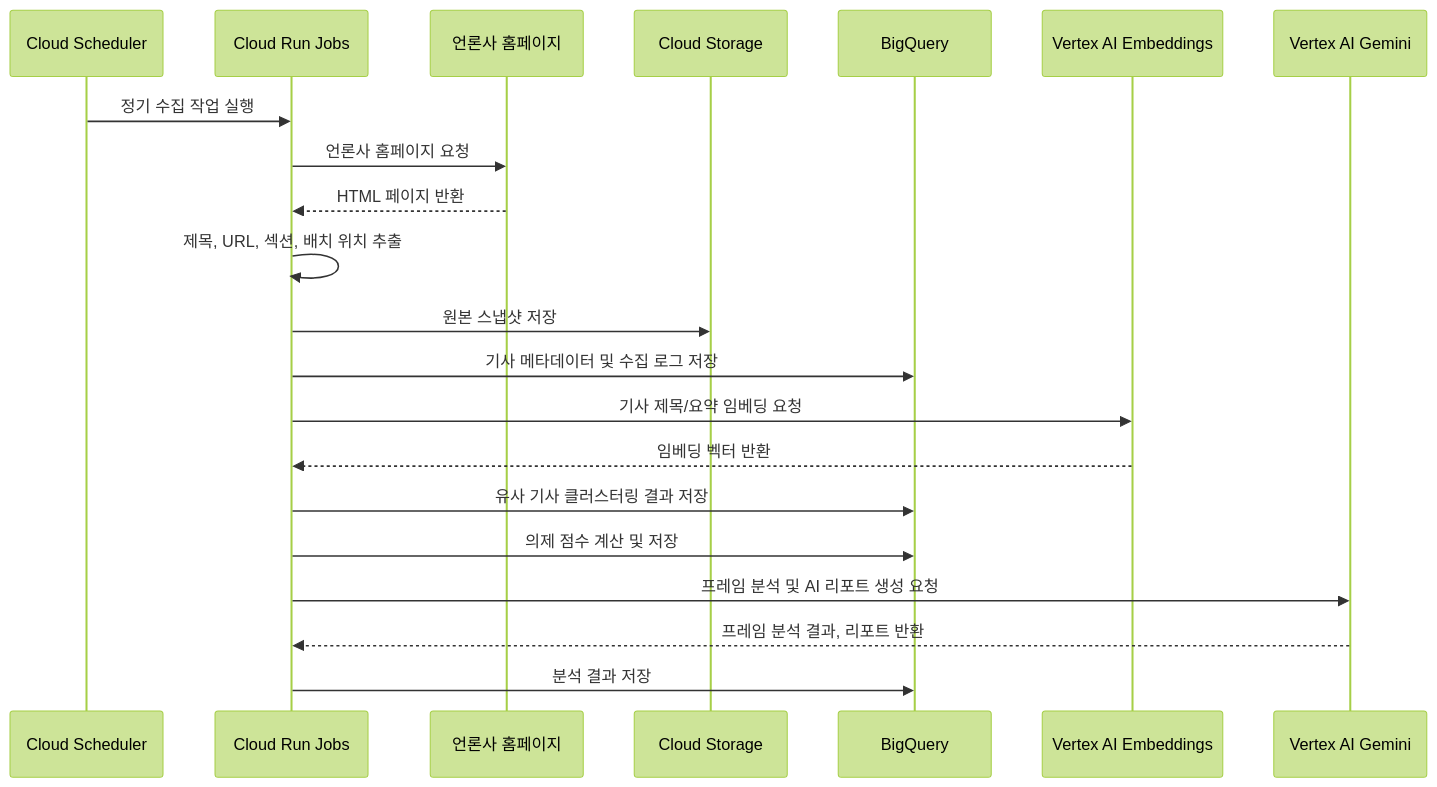
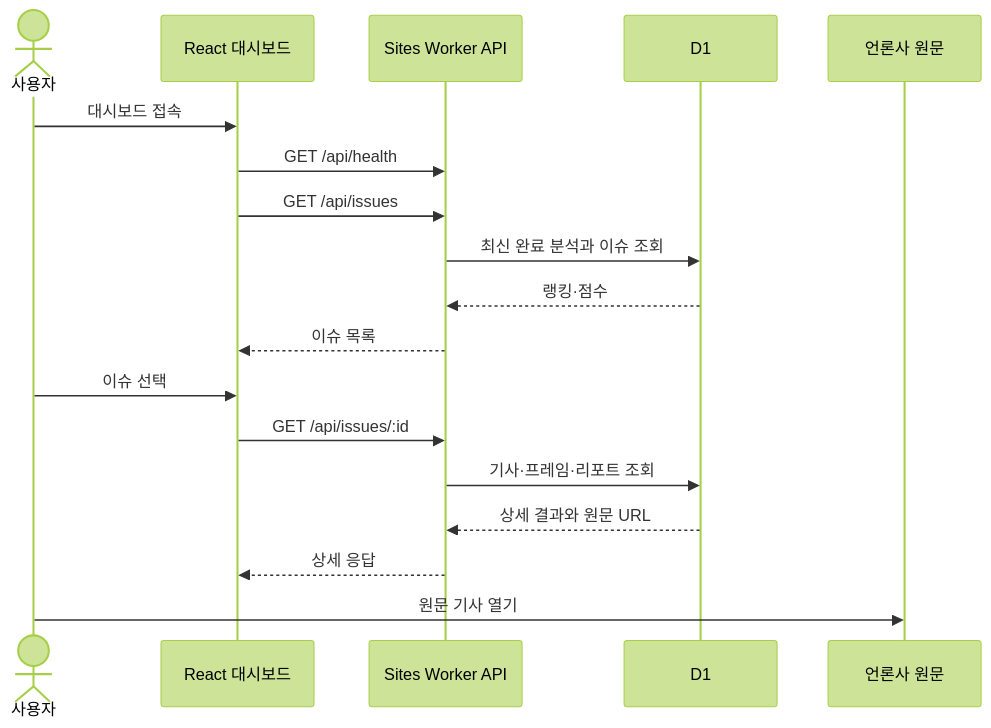
One commit to kjh01072299206-png/AgendaFrame changed the sixth of 6 diagrams in AgendaFrame_11_UML.md. Above: the diagram before and after it, drawn with Mermaid (forest theme). The commit also changed other lines of this file and 29 other files, not shown here.

Commit message:
Implement real-data analysis architecture

````diff
--- a/AgendaFrame_11_UML.md
+++ b/AgendaFrame_11_UML.md
@@ -376,24 +258,21 @@
 ```mermaid
 sequenceDiagram
-    participant Scheduler as Cloud Scheduler
-    participant Job as Cloud Run Jobs
-    participant News as 언론사 홈페이지
-    participant Storage as Cloud Storage
-    participant DB as BigQuery
-    participant Vertex as Vertex AI Embeddings
-    participant Gemini as Vertex AI Gemini
+    actor User as 사용자
+    participant UI as React 대시보드
+    participant API as Sites Worker API
+    participant DB as D1
+    participant News as 언론사 원문
 
-    Scheduler->>Job: 정기 수집 작업 실행
-    Job->>News: 언론사 홈페이지 요청
-    News-->>Job: HTML 페이지 반환
-    Job->>Job: 제목, URL, 섹션, 배치 위치 추출
-    Job->>Storage: 원본 스냅샷 저장
-    Job->>DB: 기사 메타데이터 및 수집 로그 저장
-    Job->>Vertex: 기사 제목/요약 임베딩 요청
-    Vertex-->>Job: 임베딩 벡터 반환
-    Job->>DB: 유사 기사 클러스터링 결과 저장
-    Job->>DB: 의제 점수 계산 및 저장
-    Job->>Gemini: 프레임 분석 및 AI 리포트 생성 요청
-    Gemini-->>Job: 프레임 분석 결과, 리포트 반환
-    Job->>DB: 분석 결과 저장
+    User->>UI: 대시보드 접속
+    UI->>API: GET /api/health
+    UI->>API: GET /api/issues
+    API->>DB: 최신 완료 분석과 이슈 조회
+    DB-->>API: 랭킹·점수
+    API-->>UI: 이슈 목록
+    User->>UI: 이슈 선택
+    UI->>API: GET /api/issues/:id
+    API->>DB: 기사·프레임·리포트 조회
+    DB-->>API: 상세 결과와 원문 URL
+    API-->>UI: 상세 응답
+    User->>News: 원문 기사 열기
 ```
````
